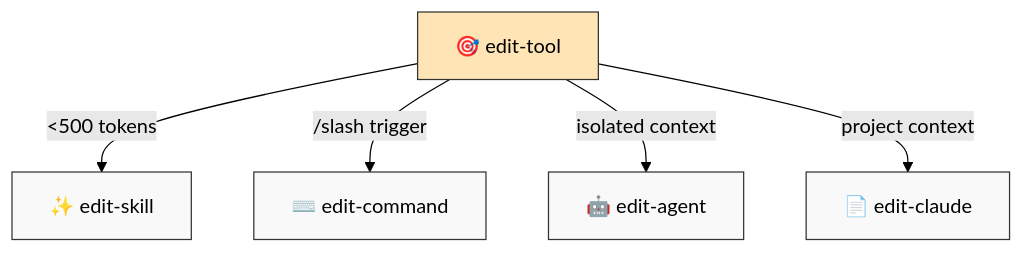
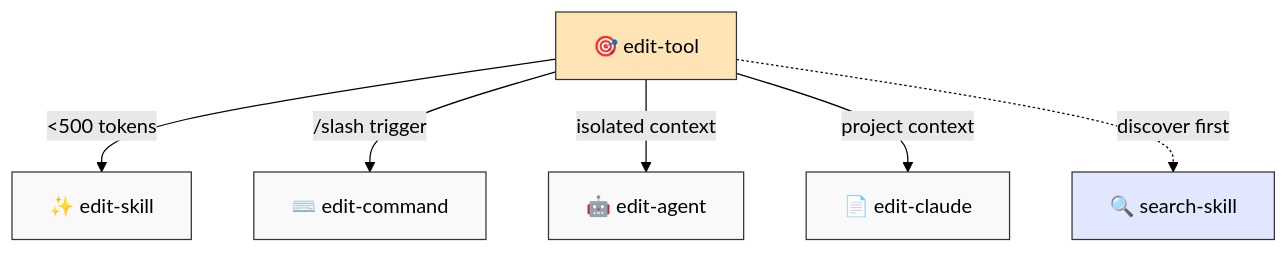
The second of 3 diagrams in README-full.md (digital-stoic-org/agent-skills), drawn with Mermaid (forest theme) before and after one commit. The commit also changed other lines of this file and 8 other files, not shown here.

Commit message:
feat(dstoic): Add search-skill and bump to 0.1.54

````diff
--- a/README-full.md
+++ b/README-full.md
@@ -81,12 +81,15 @@
 ```mermaid
 flowchart TD
     edit["🎯 edit-tool"]
     edit -->|"<500 tokens"| skill["✨ edit-skill"]
     edit -->|"/slash trigger"| command["⌨️ edit-command"]
     edit -->|"isolated context"| agent["🤖 edit-agent"]
     edit -->|"project context"| claude["📄 edit-claude"]
+    edit -.->|"discover first"| search["🔍 search-skill"]
 
     classDef default fill:#f9f9f9,stroke:#333,color:#000
     classDef router fill:#FFE4B5,stroke:#333,color:#000
+    classDef discover fill:#E0E7FF,stroke:#333,color:#000
     class edit router
+    class search discover
 ```
````
